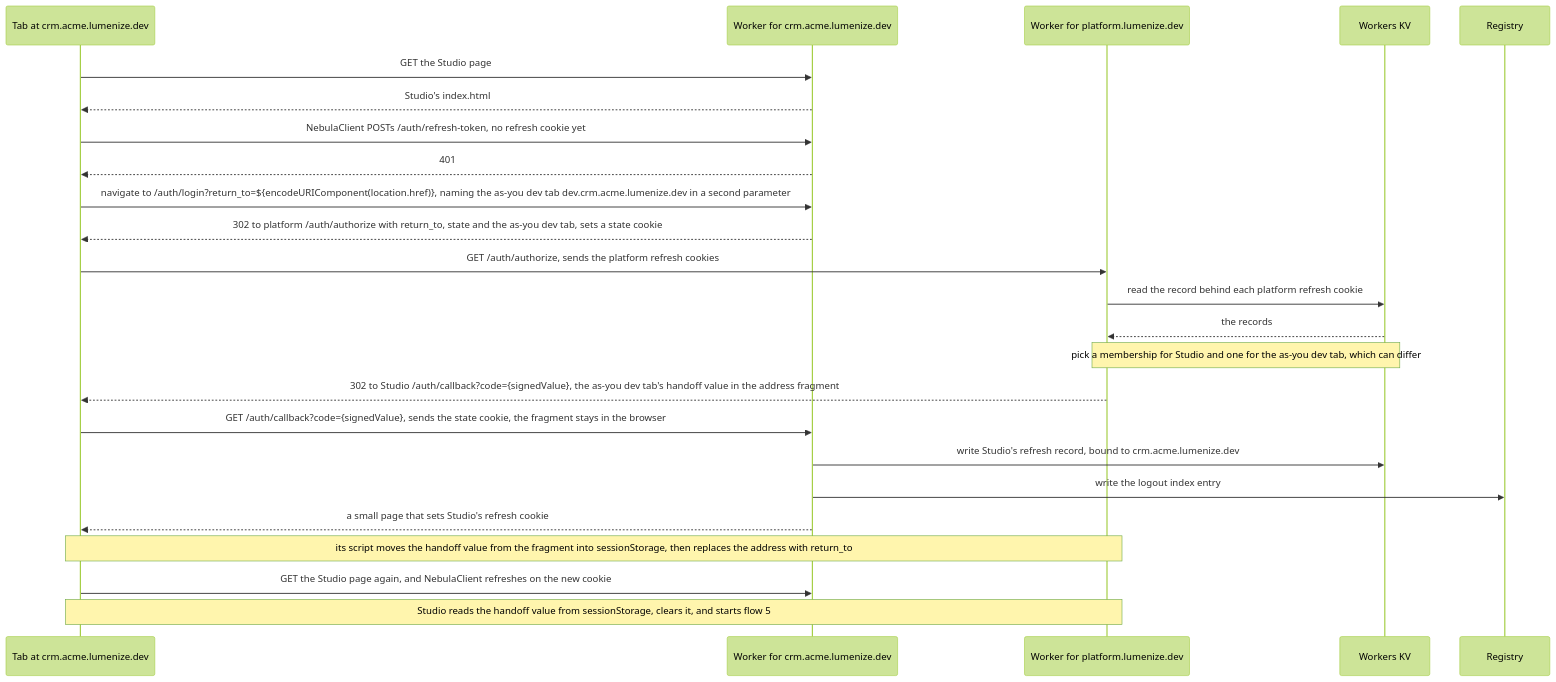
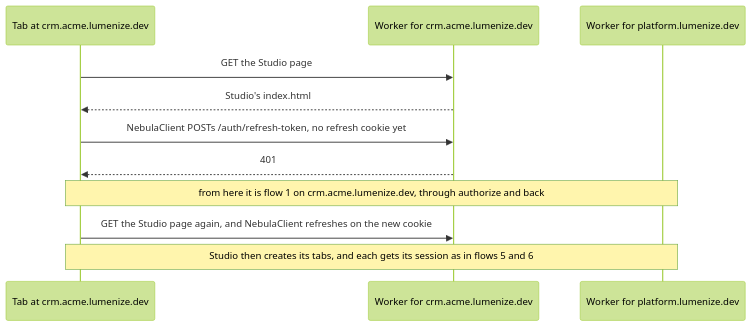
One commit to lumenize/lumenize changed the fourth of 7 diagrams in tasks/sessions-per-origin.md. Above: the diagram before and after it, drawn with Mermaid (forest theme). The commit also changed other lines of this file and 4 other files, not shown here.

````diff
--- a/tasks/sessions-per-origin.md
+++ b/tasks/sessions-per-origin.md
@@ -166,27 +169,14 @@
 ```mermaid
 sequenceDiagram
     participant B as Tab at crm.acme.lumenize.dev
     participant ST as Worker for crm.acme.lumenize.dev
     participant P as Worker for platform.lumenize.dev
-    participant K as Workers KV
-    participant R as Registry
 
     B->>ST: GET the Studio page
     ST-->>B: Studio's index.html
     B->>ST: NebulaClient POSTs /auth/refresh-token, no refresh cookie yet
     ST-->>B: 401
-    B->>ST: navigate to /auth/login?return_to=${encodeURIComponent(location.href)}, naming the as-you dev tab dev.crm.acme.lumenize.dev in a second parameter
-    ST-->>B: 302 to platform /auth/authorize with return_to, state and the as-you dev tab, sets a state cookie
-    B->>P: GET /auth/authorize, sends the platform refresh cookies
-    P->>K: read the record behind each platform refresh cookie
-    K-->>P: the records
-    Note over P,K: pick a membership for Studio and one for the as-you dev tab, which can differ
-    P-->>B: 302 to Studio /auth/callback?code={signedValue}, the as-you dev tab's handoff value in the address fragment
-    B->>ST: GET /auth/callback?code={signedValue}, sends the state cookie, the fragment stays in the browser
-    ST->>K: write Studio's refresh record, bound to crm.acme.lumenize.dev
-    ST->>R: write the logout index entry
-    ST-->>B: a small page that sets Studio's refresh cookie
-    Note over B,P: its script moves the handoff value from the fragment into sessionStorage, then replaces the address with return_to
+    Note over B,P: from here it is flow 1 on crm.acme.lumenize.dev, through authorize and back
     B->>ST: GET the Studio page again, and NebulaClient refreshes on the new cookie
-    Note over B,P: Studio reads the handoff value from sessionStorage, clears it, and starts flow 5
+    Note over B,P: Studio then creates its tabs, and each gets its session as in flows 5 and 6
 ```
````
